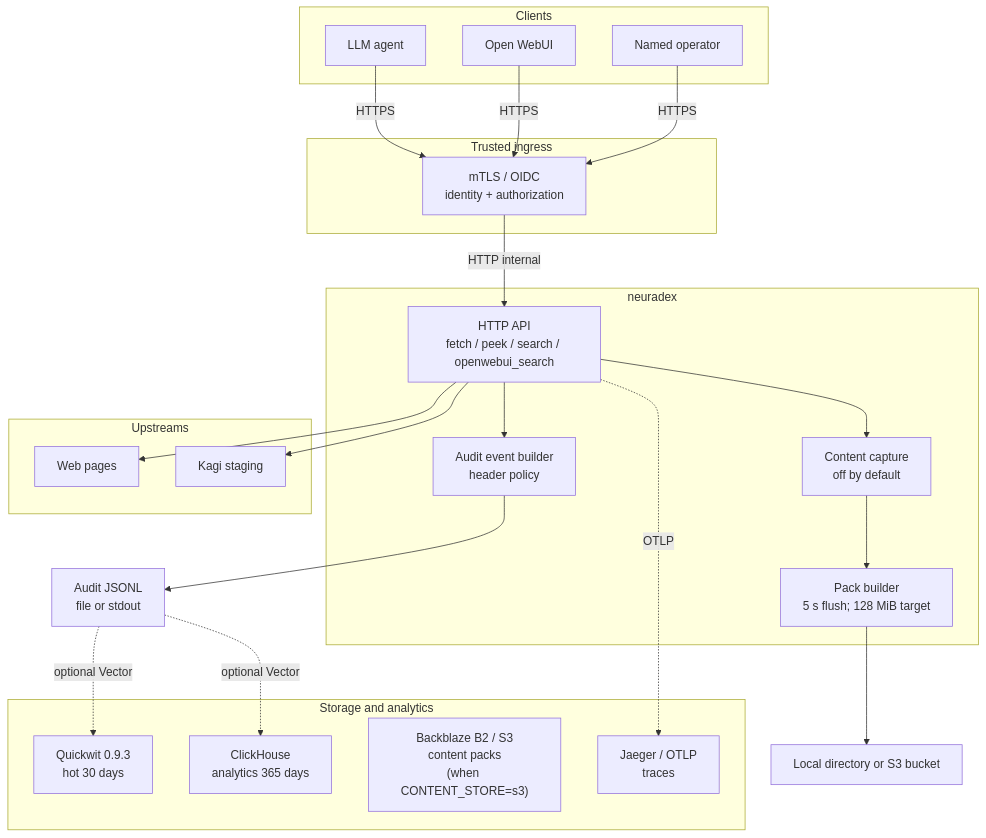
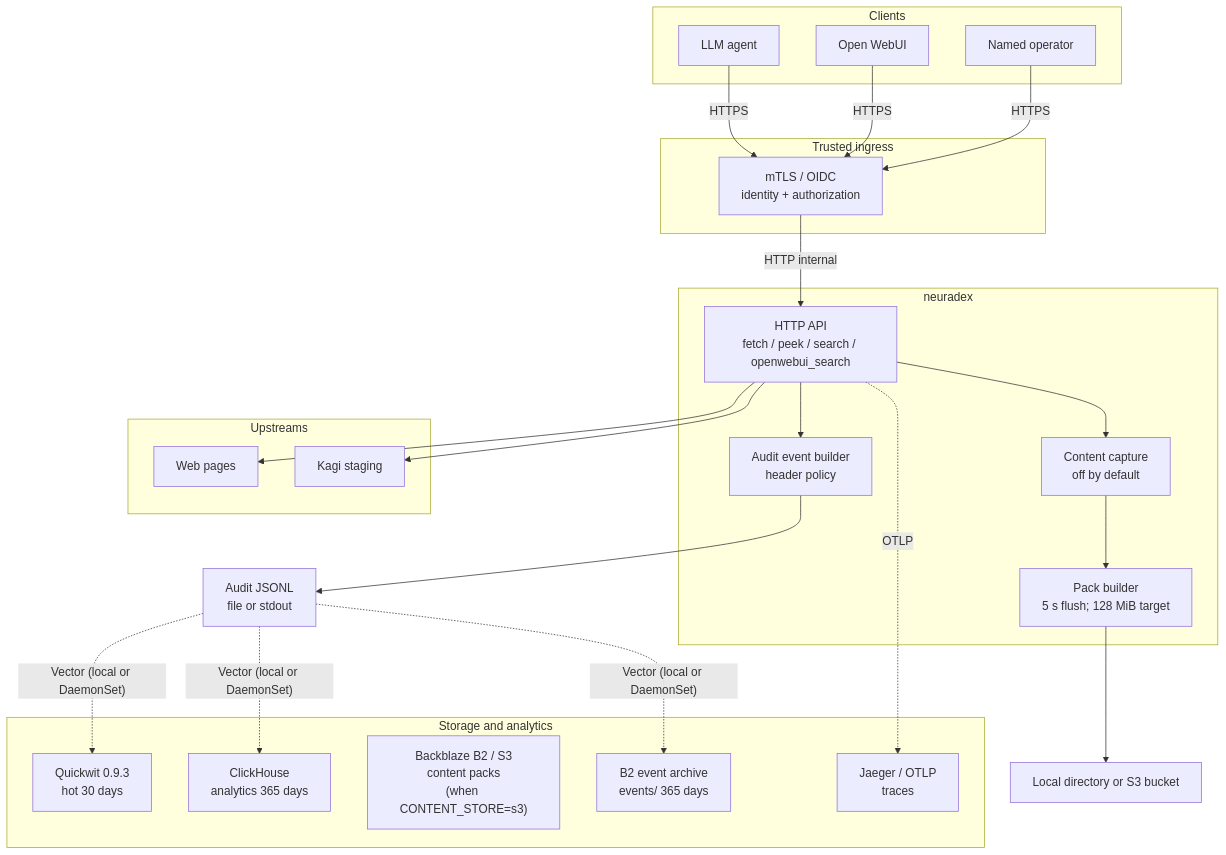
One commit to mkroman/neuradex changed the first of 2 diagrams in docs/architecture/overview.md. Above: the diagram before and after it, drawn with Mermaid. The commit also changed other lines of this file and 13 other files, not shown here.

````diff
--- a/docs/architecture/overview.md
+++ b/docs/architecture/overview.md
@@ -10,46 +10,48 @@
 ```mermaid
 flowchart TB
     subgraph Clients
         Agent["LLM agent"]
         OWUI["Open WebUI"]
         Human["Named operator"]
     end
 
     subgraph Edge["Trusted ingress"]
         Ingress["mTLS / OIDC<br/>identity + authorization"]
     end
 
     subgraph Service["neuradex"]
         API["HTTP API<br/>fetch / peek / search / openwebui_search"]
         Audit["Audit event builder<br/>header policy"]
         Capture["Content capture<br/>off by default"]
         Packer["Pack builder<br/>5 s flush; 128 MiB target"]
     end
 
     subgraph Upstream["Upstreams"]
         Web["Web pages"]
         Kagi["Kagi staging"]
     end
 
     subgraph Stores["Storage and analytics"]
         QW["Quickwit 0.9.3<br/>hot 30 days"]
         CH["ClickHouse<br/>analytics 365 days"]
         B2["Backblaze B2 / S3<br/>content packs<br/>(when CONTENT_STORE=s3)"]
+        Archive["B2 event archive<br/>events/ 365 days"]
         Jaeger["Jaeger / OTLP<br/>traces"]
     end
 
     Agent -->|HTTPS| Ingress
     OWUI -->|HTTPS| Ingress
     Human -->|HTTPS| Ingress
     Ingress -->|HTTP internal| API
     API --> Web
     API --> Kagi
     API --> Audit
     API --> Capture
     Capture --> Packer
     Audit --> JSONL["Audit JSONL<br/>file or stdout"]
-    JSONL -. optional Vector .-> QW
-    JSONL -. optional Vector .-> CH
+    JSONL -. Vector (local or DaemonSet) .-> QW
+    JSONL -. Vector (local or DaemonSet) .-> CH
+    JSONL -. Vector (local or DaemonSet) .-> Archive
     Packer --> Store["Local directory or S3 bucket"]
     API -.->|OTLP| Jaeger
 ```
````
